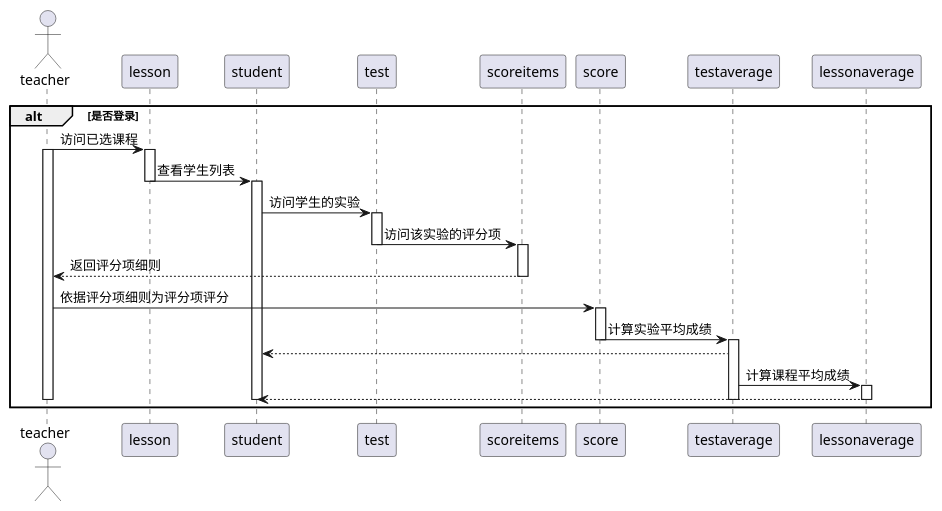
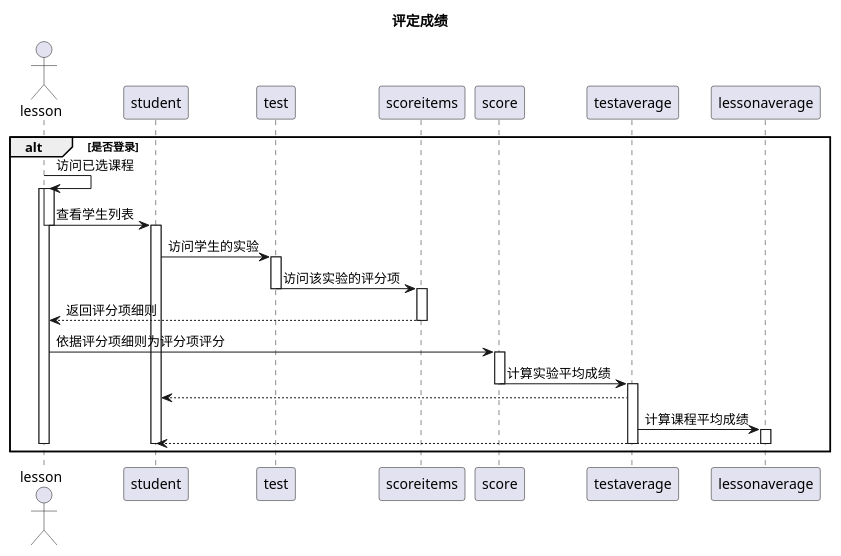
Before and after one commit to mzy1997/is_analysis: the diagram in test6/src/evaluationResults.puml, drawn with PlantUML. The commit also changed 35 other files, not shown here.

```diff
--- a/test6/src/evaluationResults.puml
+++ b/test6/src/evaluationResults.puml
@@ -1,39 +1,40 @@
 @startuml
-actor teacher
+title 评定成绩
+actor lesson
 participant lesson
 participant student
 participant test
 participant scoreitems
 participant score
 participant testaverage
 participant lessonaverage
 
 alt 是否登录
-teacher ->lesson:访问已选课程
-activate teacher
+lesson ->lesson:访问已选课程
+activate lesson
 activate lesson
 lesson -> student:查看学生列表
 deactivate lesson
 activate student
 student->test:访问学生的实验
 activate test
 test->scoreitems:访问该实验的评分项
 deactivate test
 activate scoreitems
-scoreitems -->teacher:返回评分项细则
+scoreitems -->lesson:返回评分项细则
 deactivate scoreitems
-teacher ->score:依据评分项细则为评分项评分
+lesson ->score:依据评分项细则为评分项评分
 activate score
 score -> testaverage:计算实验平均成绩
 deactivate score
 activate testaverage
 testaverage -->student
 testaverage -> lessonaverage:计算课程平均成绩
 activate lessonaverage
 lessonaverage -->student
 deactivate student
 deactivate testaverage
 deactivate lessonaverage
-deactivate teacher
+deactivate lesson
 end
 @enduml
```
